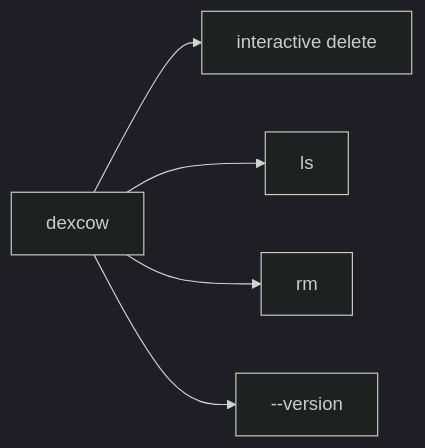
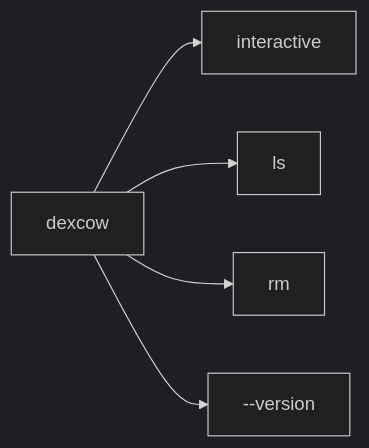
The first of 5 diagrams in README.md (lemonbu5h/dexcow), drawn with Mermaid (dark theme) before and after one commit. The commit also changed other lines of this file and 9 other files, not shown here.

````diff
--- a/README.md
+++ b/README.md
@@ -32,7 +32,7 @@
 ```mermaid
 flowchart LR
-  A["dexcow"] --> B["interactive delete"]
+  A["dexcow"] --> B["interactive"]
   A --> C["ls"]
   A --> D["rm <id...>"]
   A --> E["--version"]
 ```
````
